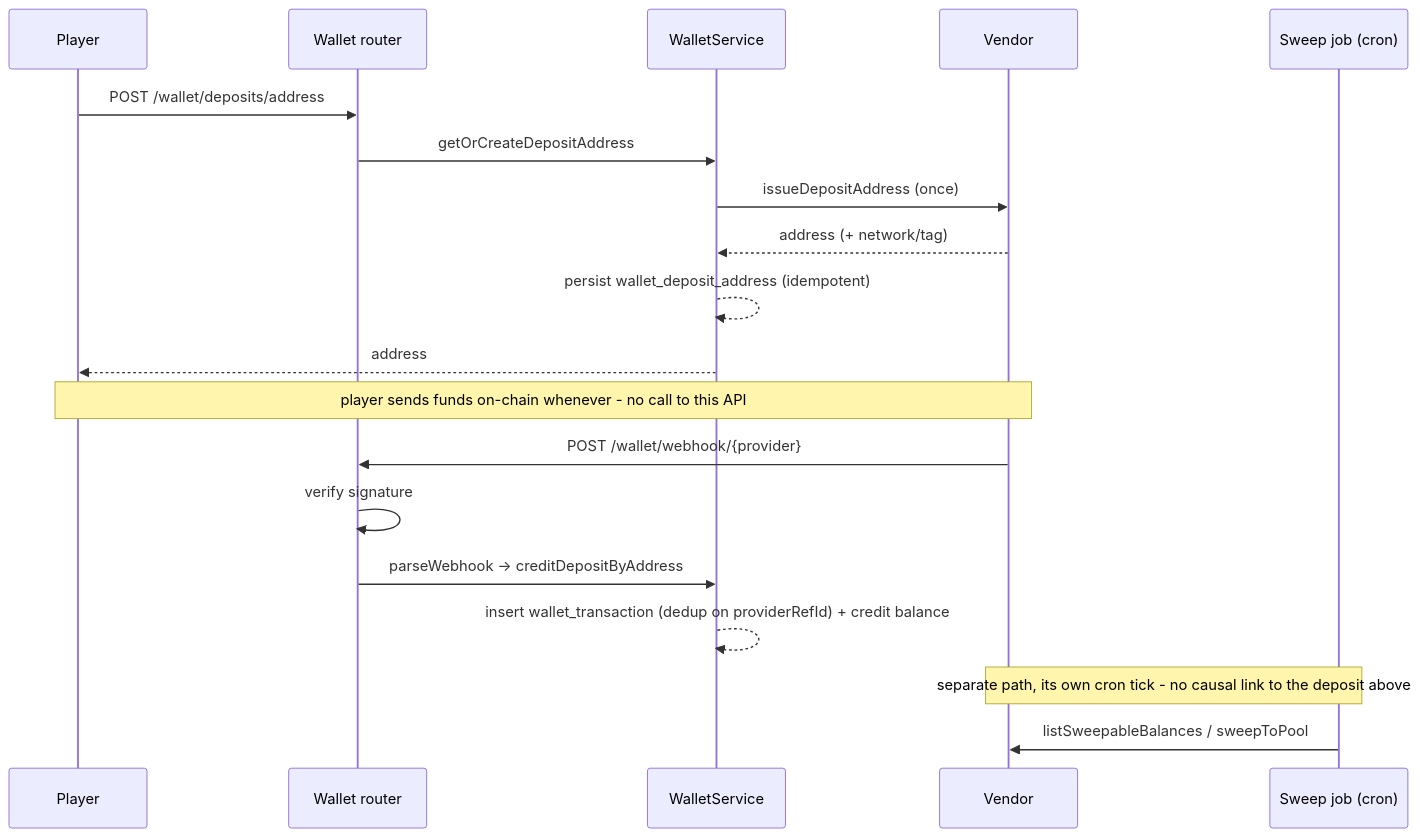
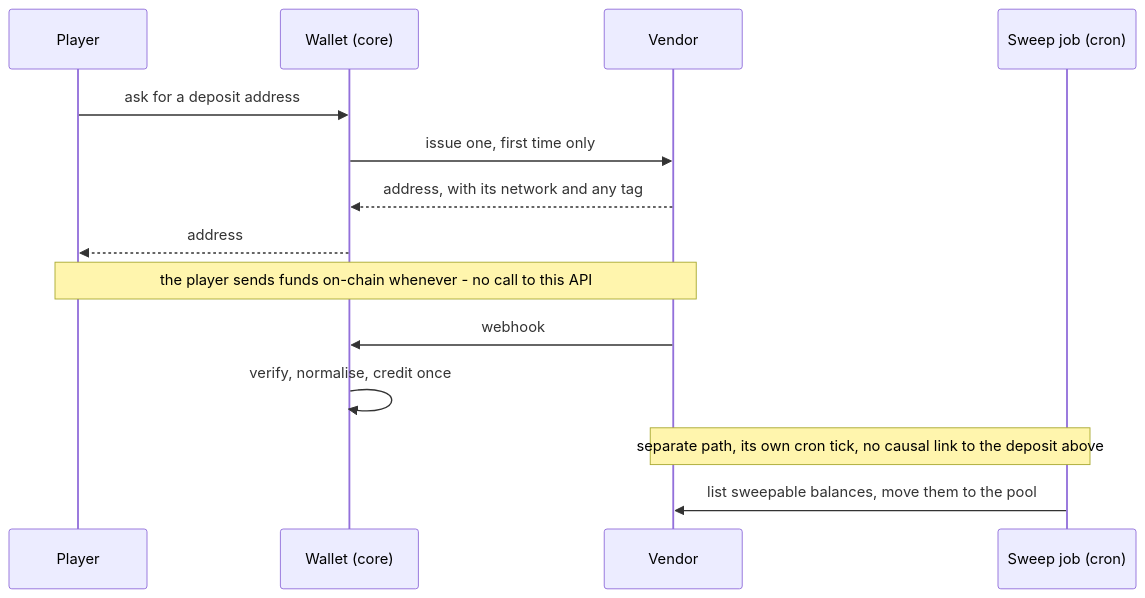
The second of 2 diagrams in docs/adapters/custody.md (blurifycom/openora), drawn with Mermaid before and after one commit. The commit also changed other lines of this file and 5 other files, not shown here.

````diff
--- a/docs/adapters/custody.md
+++ b/docs/adapters/custody.md
@@ -70,25 +69,20 @@
 ```mermaid
 sequenceDiagram
   participant P as Player
-  participant R as Wallet router
-  participant S as WalletService
+  participant C as Wallet (core)
   participant V as Vendor
   participant J as Sweep job (cron)
 
-  P->>R: POST /wallet/deposits/address
-  R->>S: getOrCreateDepositAddress
-  S->>V: issueDepositAddress (once)
-  V-->>S: address (+ network/tag)
-  S-->>S: persist wallet_deposit_address (idempotent)
-  S-->>P: address
+  P->>C: ask for a deposit address
+  C->>V: issue one, first time only
+  V-->>C: address, with its network and any tag
+  C-->>P: address
 
-  Note over P,V: player sends funds on-chain whenever - no call to this API
+  Note over P,V: the player sends funds on-chain whenever - no call to this API
 
-  V->>R: POST /wallet/webhook/{provider}
-  R->>R: verify signature
-  R->>S: parseWebhook -> creditDepositByAddress
-  S-->>S: insert wallet_transaction (dedup on providerRefId) + credit balance
+  V->>C: webhook
+  C->>C: verify, normalise, credit once
 
-  Note over J,V: separate path, its own cron tick - no causal link to the deposit above
-  J->>V: listSweepableBalances / sweepToPool
+  Note over J,V: separate path, its own cron tick, no causal link to the deposit above
+  J->>V: list sweepable balances, move them to the pool
 ```
````
